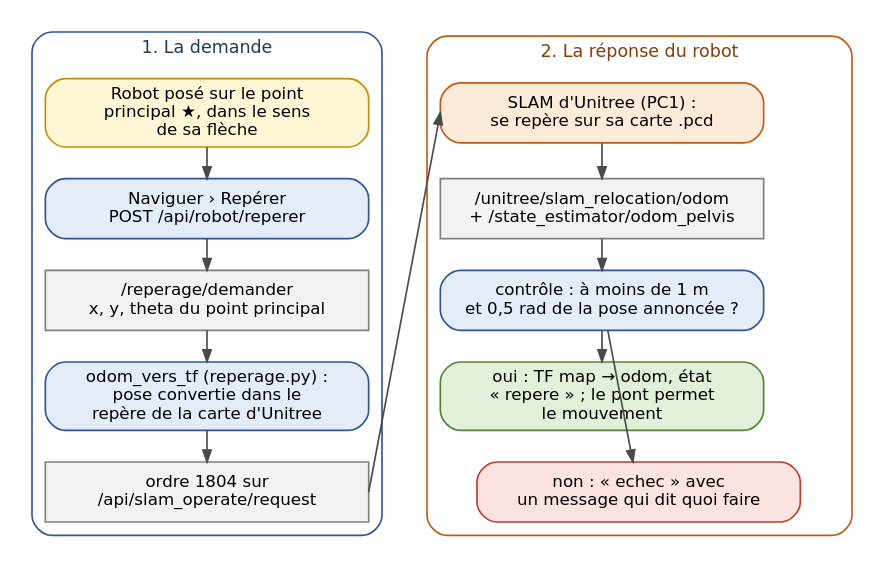
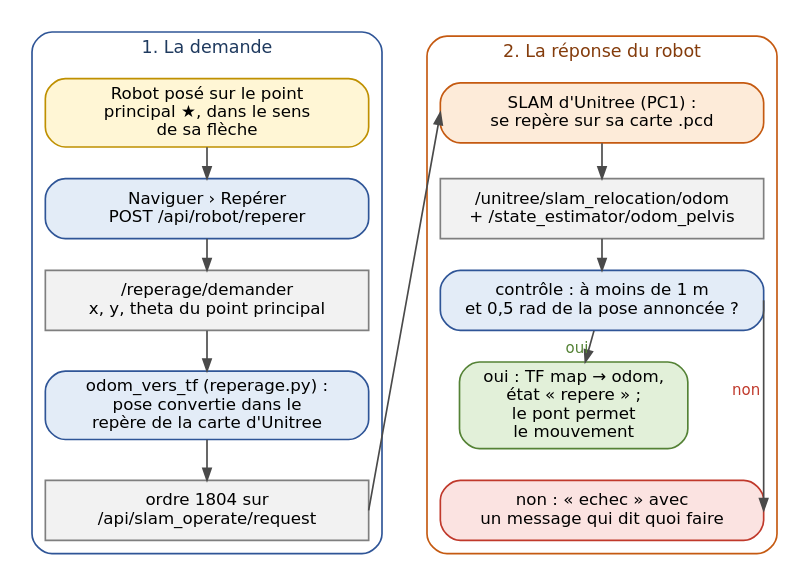
Before and after one commit to Toyer719/UnitreeG1edu_ESME: the diagram in docs/word/sources/logiciel/schemas/reperage.dot, drawn with Graphviz. The commit also changed 16 other files, not shown here.

```diff
--- a/docs/word/sources/logiciel/schemas/reperage.dot
+++ b/docs/word/sources/logiciel/schemas/reperage.dot
@@ -1,29 +1,30 @@
 // Le repérage au démarrage (chapitre 8)
 digraph reperage {
   graph [fontname="DejaVu Sans", fontsize=10.5, rankdir=TB, nodesep=0.6, ranksep=0.26, newrank=true, splines=line];
   node  [fontname="DejaVu Sans", fontsize=10, shape=box, style="rounded,filled", fillcolor="#E3ECF7", color="#2F5597", margin="0.10,0.05", width=2.7];
   edge  [fontname="DejaVu Sans", fontsize=9, color="#4A4A4A", arrowsize=0.7];
 
   subgraph cluster_a {
     label="1. La demande"; style="rounded"; color="#2F5597"; fontcolor="#1F3A5F";
     pose [label="Robot posé sur le point\nprincipal ★, dans le sens\nde sa flèche", fillcolor="#FFF6D5", color="#BF9000"];
     bouton [label="Naviguer › Repérer\nPOST /api/robot/reperer"];
     demande [label="/reperage/demander\nx, y, theta du point principal", style="filled", fillcolor="#F2F2F2", color="#7F7F7F"];
     relais [label="odom_vers_tf (reperage.py) :\npose convertie dans le\nrepère de la carte d'Unitree"];
     ordre [label="ordre 1804 sur\n/api/slam_operate/request", style="filled", fillcolor="#F2F2F2", color="#7F7F7F"];
   }
   subgraph cluster_b {
     label="2. La réponse du robot"; style="rounded"; color="#C55A11"; fontcolor="#843C0C";
     slam [label="SLAM d'Unitree (PC1) :\nse repère sur sa carte .pcd", fillcolor="#FDEBD9", color="#C55A11"];
     reloc [label="/unitree/slam_relocation/odom\n+ /state_estimator/odom_pelvis", style="filled", fillcolor="#F2F2F2", color="#7F7F7F"];
     controle [label="contrôle : à moins de 1 m\net 0,5 rad de la pose annoncée ?"];
-    ok [label="oui : TF map → odom, état\n« repere » ; le pont permet\nle mouvement", fillcolor="#E2F0D9", color="#548235"];
+    ok [label="oui : TF map → odom,\nétat « repere » ;\nle pont permet\nle mouvement", fillcolor="#E2F0D9", color="#548235", width=1.9];
     echec [label="non : « echec » avec\nun message qui dit quoi faire", fillcolor="#FBE3E1", color="#C0392B"];
   }
   pose -> bouton -> demande -> relais -> ordre;
-  slam -> reloc -> controle -> ok;
-  controle -> echec;
+  slam -> reloc -> controle;
+  controle -> ok [xlabel="oui ", fontcolor="#548235"];
+  controle:e -> echec:e [xlabel="non ", fontcolor="#C0392B"];
   ok -> echec [style=invis];
   ordre:e -> slam:w [constraint=false];
   {rank=same; pose; slam}
 }
```
